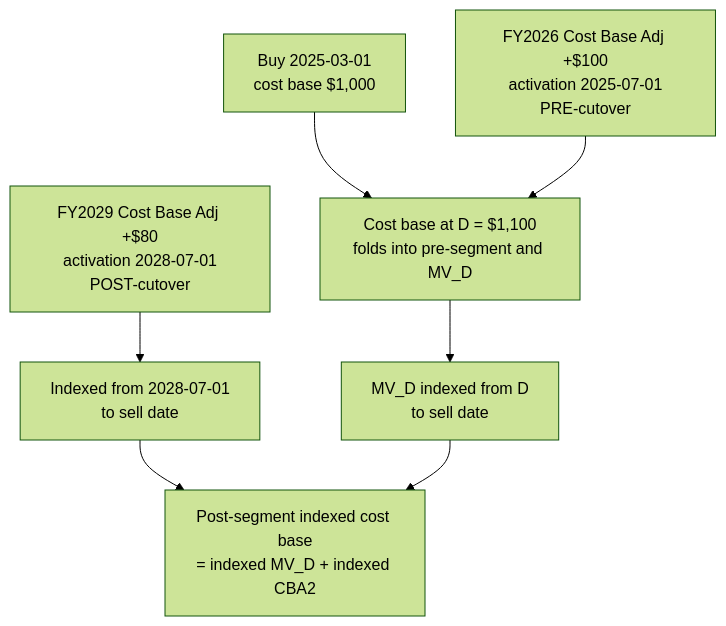
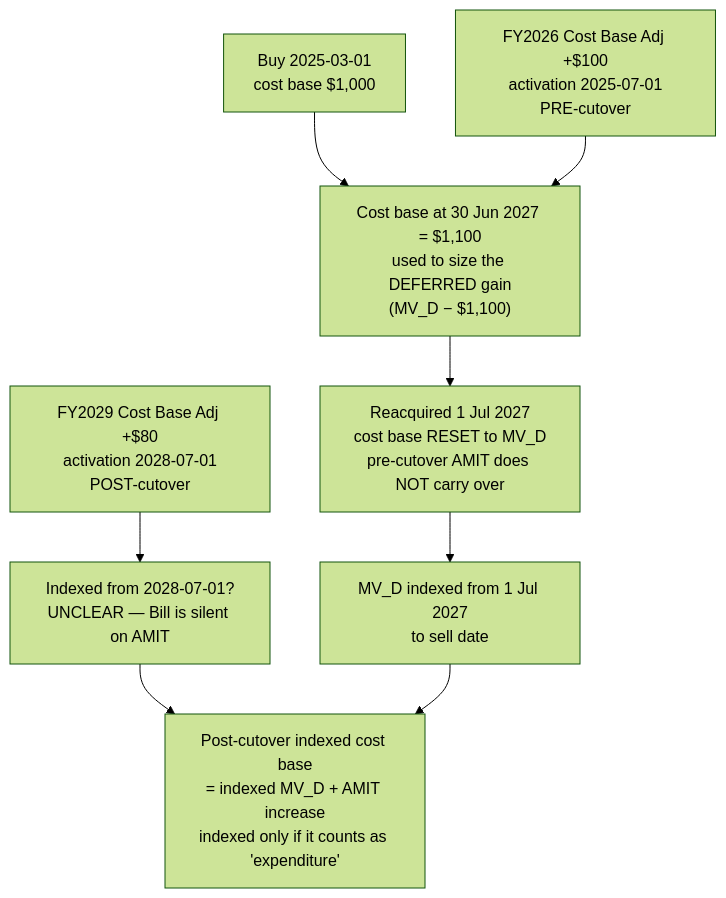
One commit to pretoriusdre/share-dinkum changed the ninth of 10 diagrams in docs/2027_capital_gains_tax_changes_are_really_complex.md. Above: the diagram before and after it, drawn with Mermaid (forest theme). The commit also changed other lines of this file and 1 other file, not shown here.

````diff
--- a/docs/2027_capital_gains_tax_changes_are_really_complex.md
+++ b/docs/2027_capital_gains_tax_changes_are_really_complex.md
@@ -190,12 +249,13 @@
 ```mermaid
 flowchart TB
     B[Buy 2025-03-01<br/>cost base $1,000] --> COSTD
     CBA1[FY2026 Cost Base Adj +$100<br/>activation 2025-07-01<br/>PRE-cutover] --> COSTD
-    COSTD[Cost base at D = $1,100<br/>folds into pre-segment and MV_D]
+    COSTD["Cost base at 30 Jun 2027 = $1,100<br/>used to size the DEFERRED gain<br/>(MV_D &minus; $1,100)"]
+    COSTD --> RESET[Reacquired 1 Jul 2027<br/>cost base RESET to MV_D<br/>pre-cutover AMIT does NOT carry over]
 
-    CBA2[FY2029 Cost Base Adj +$80<br/>activation 2028-07-01<br/>POST-cutover] --> IDX_CBA2[Indexed from 2028-07-01<br/>to sell date]
-    COSTD --> IDX_MVD[MV_D indexed from D<br/>to sell date]
+    CBA2[FY2029 Cost Base Adj +$80<br/>activation 2028-07-01<br/>POST-cutover] --> IDX_CBA2[Indexed from 2028-07-01?<br/>UNCLEAR &mdash; Bill is silent on AMIT]
+    RESET --> IDX_MVD[MV_D indexed from 1 Jul 2027<br/>to sell date]
 
-    IDX_CBA2 --> SUM[Post-segment indexed cost base<br/>= indexed MV_D + indexed CBA2]
+    IDX_CBA2 --> SUM[Post-cutover indexed cost base<br/>= indexed MV_D + AMIT increase<br/>indexed only if it counts as 'expenditure']
     IDX_MVD --> SUM
 ```
````
